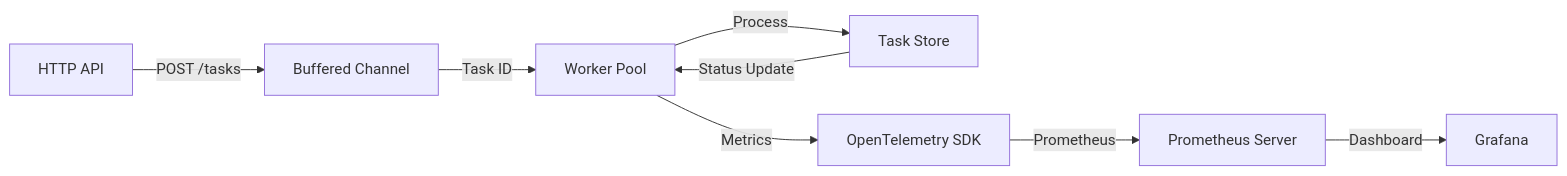
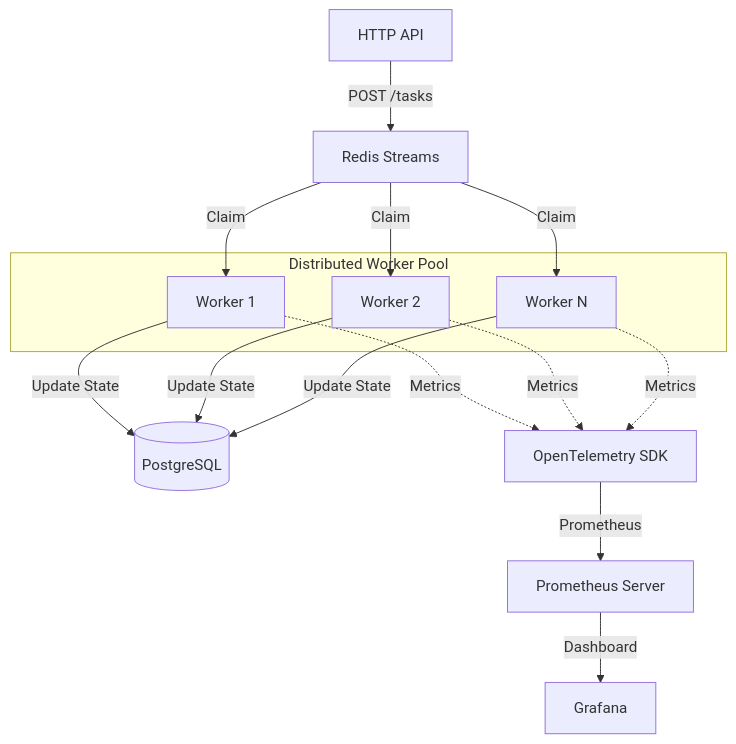
The diagram in README.md (crypticseeds/concurrent-job-queue), drawn with Mermaid before and after one commit. The commit also changed other lines of this file, not shown here.

````diff
--- a/README.md
+++ b/README.md
@@ -12,10 +12,20 @@
 ```mermaid
-graph LR
-    API[HTTP API] -->|POST /tasks| Q[Buffered Channel]
-    Q -->|Task ID| WP[Worker Pool]
-    WP -->|Process| S[Task Store]
-    S -->|Status Update| WP
-    WP -->|Metrics| OTEL[OpenTelemetry SDK]
+graph TD
+    API[HTTP API] -->|POST /tasks| Q[Redis Streams]
+    subgraph "Distributed Worker Pool"
+        W1[Worker 1]
+        W2[Worker 2]
+        Wn[Worker N]
+    end
+    Q -->|Claim| W1
+    Q -->|Claim| W2
+    Q -->|Claim| Wn
+    W1 -->|Update State| DB[(PostgreSQL)]
+    W2 -->|Update State| DB
+    Wn -->|Update State| DB
+    W1 -.->|Metrics| OTEL[OpenTelemetry SDK]
+    W2 -.->|Metrics| OTEL
+    Wn -.->|Metrics| OTEL
     OTEL -->|Prometheus| PROM[Prometheus Server]
     PROM -->|Dashboard| GRAF[Grafana]
 ```
````
